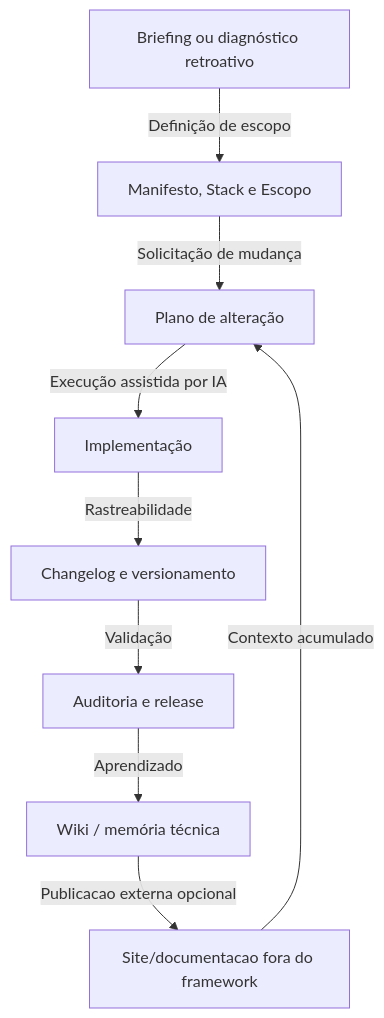
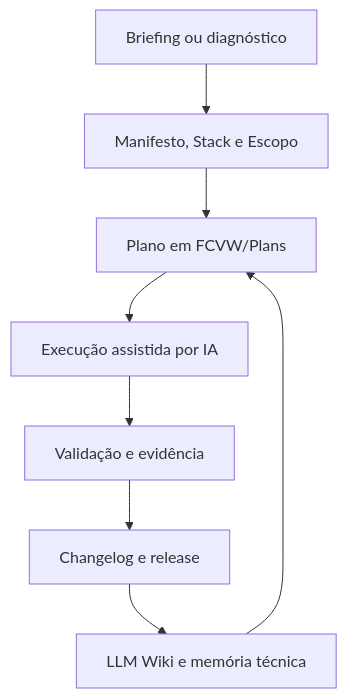
The first of 6 diagrams in README.md (Sistema2D/FrameCode-VibeWork), drawn with Mermaid before and after one commit. The commit also changed other lines of this file, not shown here.

````diff
--- a/README.md
+++ b/README.md
@@ -37,11 +25,10 @@
 ```mermaid
-graph TD
-    A["Briefing ou diagnóstico retroativo"] -->|"Definição de escopo"| B["Manifesto, Stack e Escopo"]
-    B -->|"Solicitação de mudança"| C["Plano de alteração"]
-    C -->|"Execução assistida por IA"| D["Implementação"]
-    D -->|"Rastreabilidade"| E["Changelog e versionamento"]
-    E -->|"Validação"| F["Auditoria e release"]
-    F -->|"Aprendizado"| G["Wiki / memória técnica"]
-    G -->|"Publicacao externa opcional"| H["Site/documentacao fora do framework"]
-    H -->|"Contexto acumulado"| C
+flowchart TD
+    A["Briefing ou diagnóstico"] --> B["Manifesto, Stack e Escopo"]
+    B --> C["Plano em FCVW/Plans"]
+    C --> D["Execução assistida por IA"]
+    D --> E["Validação e evidência"]
+    E --> F["Changelog e release"]
+    F --> G["LLM Wiki e memória técnica"]
+    G --> C
 ```
````
